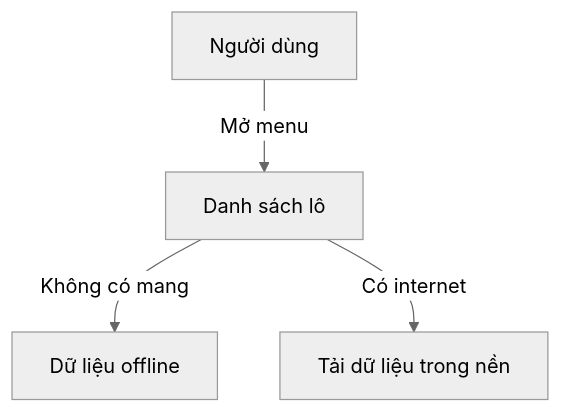
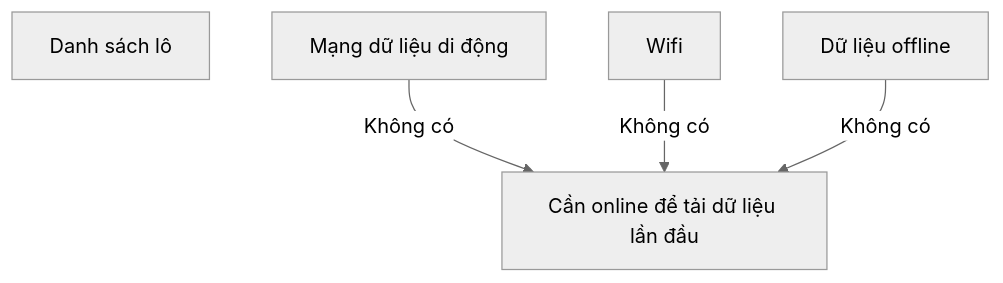
Before and after one commit to trethanhphat/tre-thanh-phat-pwa-docs: the diagram in docs/batches-flow.md, drawn with Mermaid (neutral theme).

````diff
--- a/docs/batches-flow.md
+++ b/docs/batches-flow.md
@@ -1,10 +1,14 @@
 ```mermaid
 flowchart TD
-A["Người dùng"]
-B["Danh sách lô"]
+A["Danh sách lô"]
+B["Mạng dữ liệu di động"]
+C["Wifi"]
+D["Dữ liệu offline"]
 
-A --> |"Mở menu"| B
-B --> |"Không có mang"| C["Dữ liệu offline"]
-B --> |"Có internet"| D["Tải dữ liệu trong nền"]
+E["Cần online để tải dữ liệu lần đầu"]
+
+B --> |"Không có"| E
+C --> |"Không có"| E
+D --> |"Không có"| E
 
 ```
````
